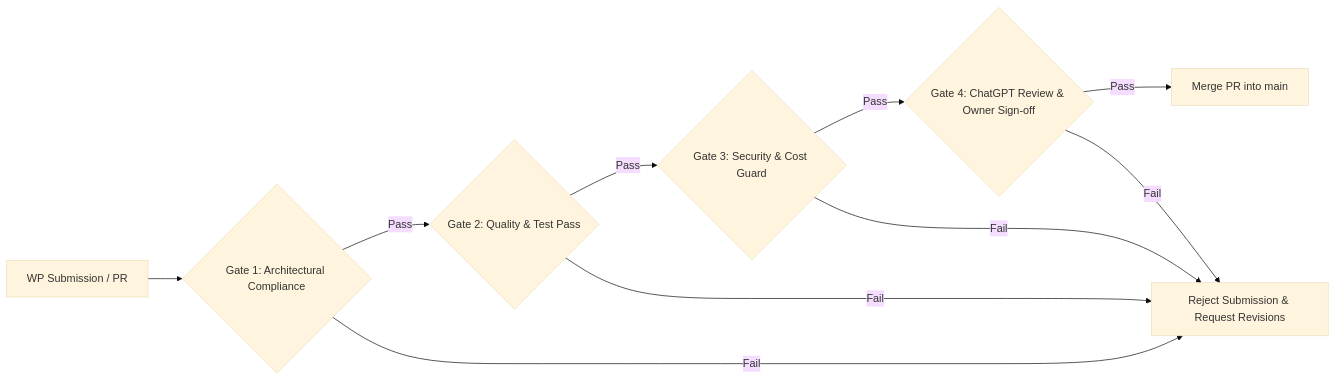
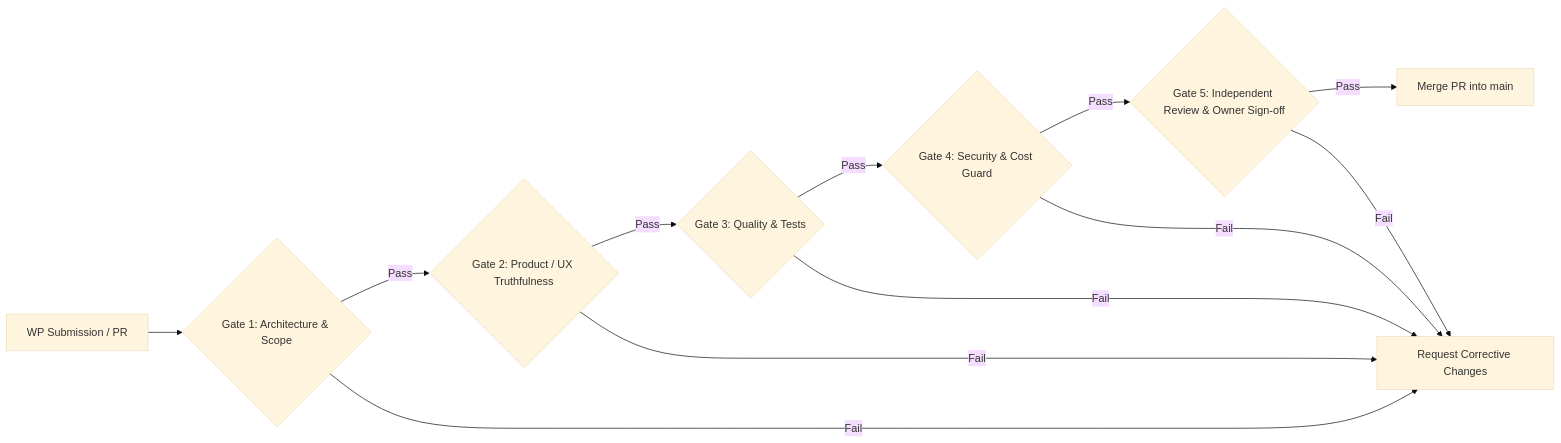
Before and after one commit to rebootob/Orbis-Video-Studio-AI: the diagram in project-docs/40_DELIVERY/RELEASE_GATES.md, drawn with Mermaid (base theme). The commit also changed other lines of this file, not shown here.

Commit message:
docs: strengthen release gates for product safety and history

````diff
--- a/project-docs/40_DELIVERY/RELEASE_GATES.md
+++ b/project-docs/40_DELIVERY/RELEASE_GATES.md
@@ -11,13 +11,15 @@
 ```mermaid
 graph LR
-    Sub[WP Submission / PR] --> Gate1{Gate 1: Architectural Compliance}
-    Gate1 -- Pass --> Gate2{Gate 2: Quality & Test Pass}
-    Gate2 -- Pass --> Gate3{Gate 3: Security & Cost Guard}
-    Gate3 -- Pass --> Gate4{Gate 4: ChatGPT Review & Owner Sign-off}
-    Gate4 -- Pass --> Merge[Merge PR into main]
-    
-    Gate1 -- Fail --> Reject[Reject Submission & Request Revisions]
+    Sub[WP Submission / PR] --> Gate1{Gate 1: Architecture & Scope}
+    Gate1 -- Pass --> Gate2{Gate 2: Product / UX Truthfulness}
+    Gate2 -- Pass --> Gate3{Gate 3: Quality & Tests}
+    Gate3 -- Pass --> Gate4{Gate 4: Security & Cost Guard}
+    Gate4 -- Pass --> Gate5{Gate 5: Independent Review & Owner Sign-off}
+    Gate5 -- Pass --> Merge[Merge PR into main]
+
+    Gate1 -- Fail --> Reject[Request Corrective Changes]
     Gate2 -- Fail --> Reject
     Gate3 -- Fail --> Reject
     Gate4 -- Fail --> Reject
+    Gate5 -- Fail --> Reject
 ```
````
